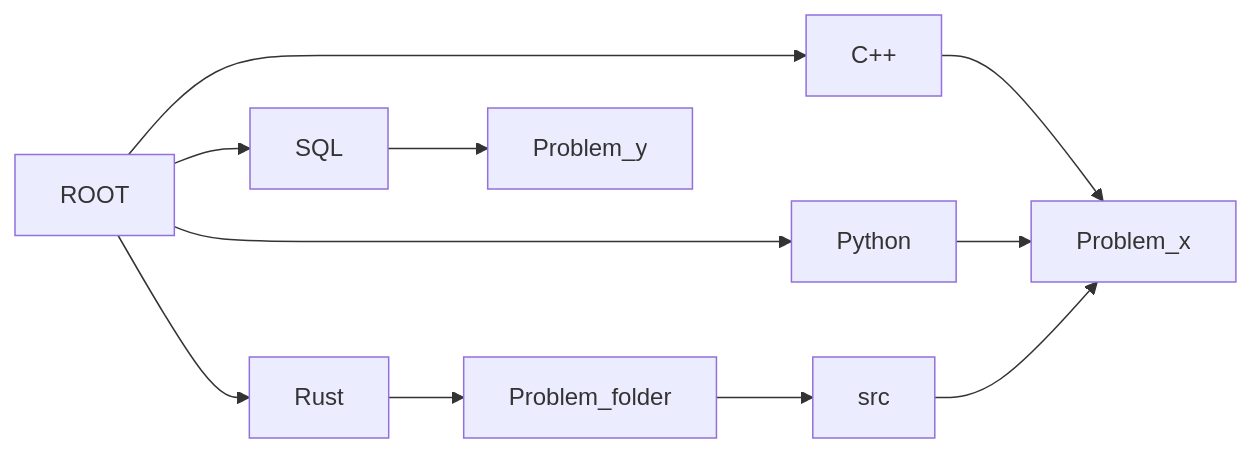
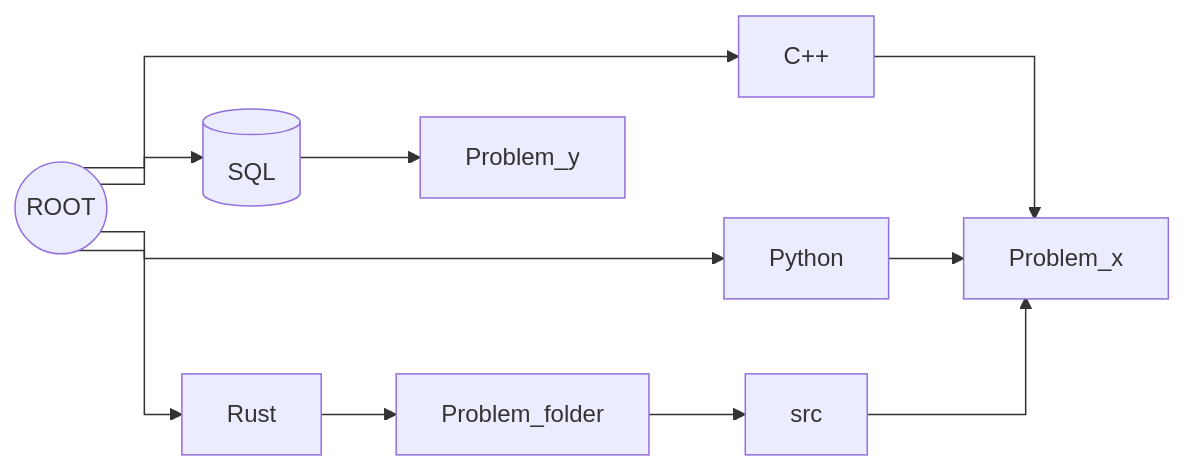
Before and after one commit to kizzandev/LeetCode: the first of 3 diagrams in README.md, drawn with Mermaid.

Commit message:
Readme: ROOT is now circled, SQL now has a database form, and slightly changed the connecting lines

````diff
--- a/README.md
+++ b/README.md
@@ -9,13 +9,15 @@
 ```mermaid
+%%{init: {'flowchart' : {'curve' : 'stepAfter'}}}%%
 graph LR;
+    ROOT((ROOT))
     ROOT-->C++
     ROOT-->Python
     ROOT-->Rust
-    ROOT-->SQL
+    ROOT-->SQL[("&nbsp;&nbsp;SQL&nbsp;&nbsp;")]
     C++-->Problem_x
     Python-->Problem_x
     Rust-->Problem_folder
     Problem_folder-->src
     src-->Problem_x
     SQL-->Problem_y
 ```
````
